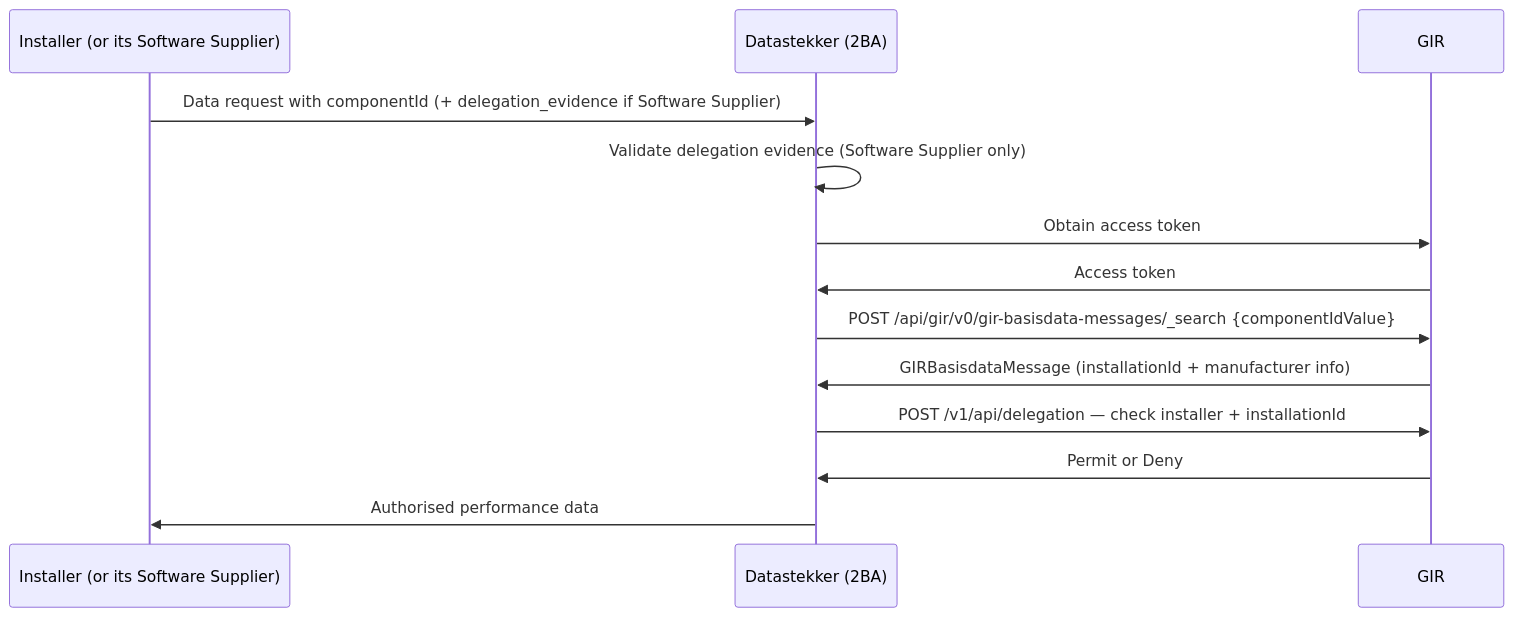
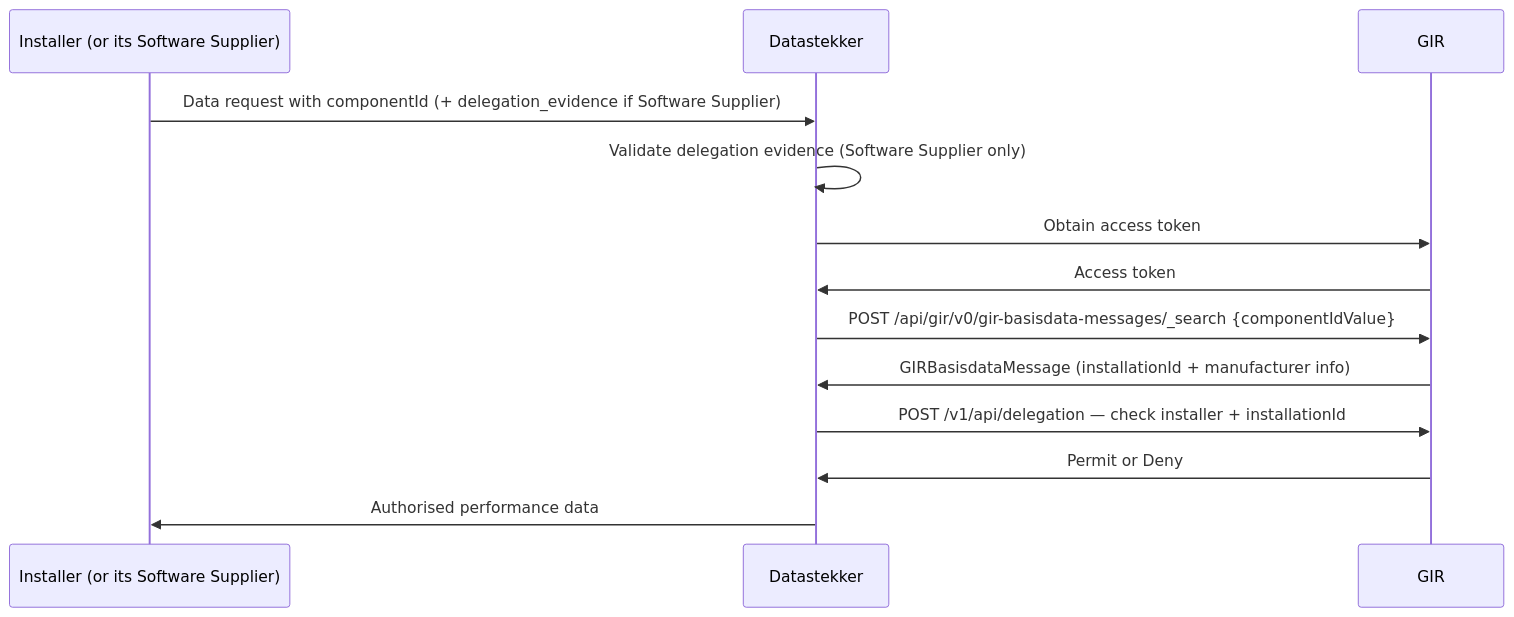
One commit to POORT8/Poort8.Docs changed the diagram in gir/datastekker-m2m-performance-data-transfer.md. Above: the diagram before and after it, drawn with Mermaid. The commit also changed other lines of this file and 6 other files, not shown here.

````diff
--- a/gir/datastekker-m2m-performance-data-transfer.md
+++ b/gir/datastekker-m2m-performance-data-transfer.md
@@ -19,15 +19,15 @@
 ```mermaid
 sequenceDiagram
     participant inst as Installer (or its Software Supplier)
-    participant ds as Datastekker (2BA)
+    participant ds as Datastekker
     participant gir as GIR
     inst->>ds: Data request with componentId (+ delegation_evidence if Software Supplier)
     ds->>ds: Validate delegation evidence (Software Supplier only)
     ds->>gir: Obtain access token
     gir->>ds: Access token
     ds->>gir: POST /api/gir/v0/gir-basisdata-messages/_search {componentIdValue}
     gir->>ds: GIRBasisdataMessage (installationId + manufacturer info)
     ds->>gir: POST /v1/api/delegation — check installer + installationId
     gir->>ds: Permit or Deny
     ds->>inst: Authorised performance data
 ```
````
